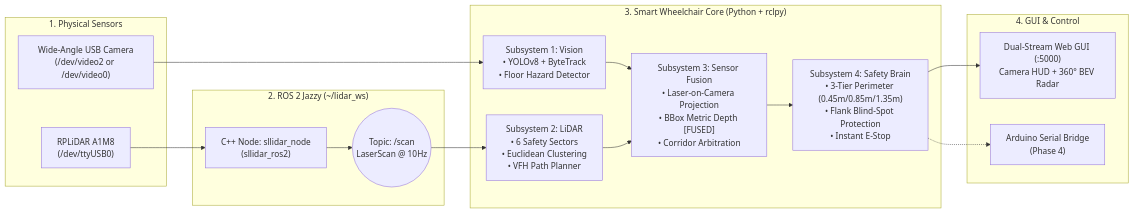
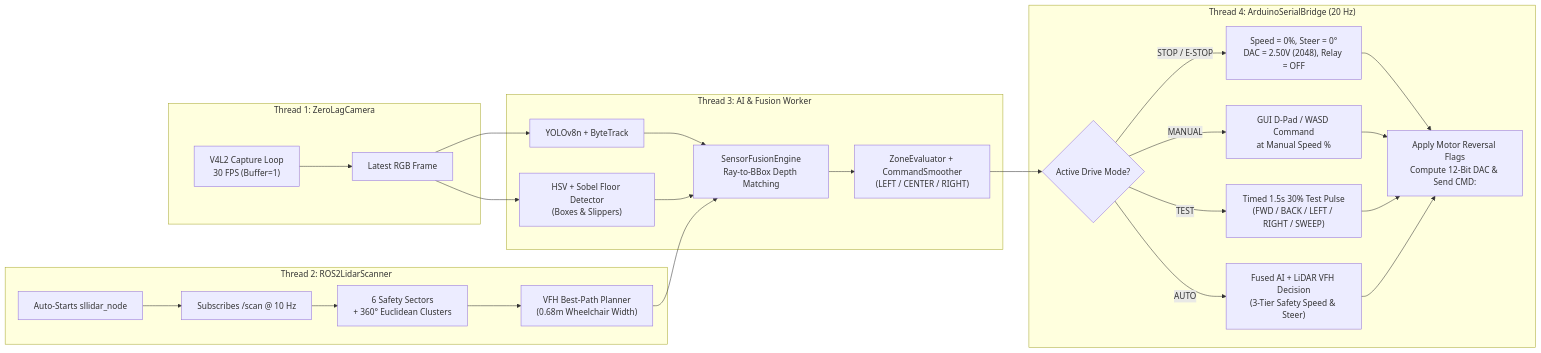
The second of 4 diagrams in README.md (khairycse404/smart-wheelchair), drawn with Mermaid before and after one commit. The commit also changed other lines of this file and 14 other files, not shown here.

Commit message:
Add Phase 4 modular Arduino DAC/GPS firmware, Python serial bridge, and final web control console

````diff
--- a/README.md
+++ b/README.md
@@ -33,32 +84,31 @@
 ```mermaid
 flowchart LR
-    subgraph Sensors ["1. Physical Sensors"]
-        CAM["Wide-Angle USB Camera\n(/dev/video2 or /dev/video0)"]
-        LIDAR["RPLiDAR A1M8\n(/dev/ttyUSB0)"]
+    subgraph T1 ["Thread 1: ZeroLagCamera"]
+        C1["V4L2 Capture Loop\n30 FPS (Buffer=1)"] --> C2["Latest RGB Frame"]
     end
 
-    subgraph ROS2 ["2. ROS 2 Jazzy (~/lidar_ws)"]
-        SLNODE["C++ Node: sllidar_node\n(sllidar_ros2)"]
-        SCAN(("Topic: /scan\nLaserScan @ 10Hz"))
+    subgraph T2 ["Thread 2: ROS2LidarScanner"]
+        L1["Auto-Starts sllidar_node"] --> L2["Subscribes /scan @ 10 Hz"]
+        L2 --> L3["6 Safety Sectors\n+ 360° Euclidean Clusters"]
+        L3 --> L4["VFH Best-Path Planner\n(0.68m Wheelchair Width)"]
     end
 
-    subgraph Core ["3. Smart Wheelchair Core (Python + rclpy)"]
-        VIS["Subsystem 1: Vision\n• YOLOv8 + ByteTrack\n• Floor Hazard Detector"]
-        LID["Subsystem 2: LiDAR\n• 6 Safety Sectors\n• Euclidean Clustering\n• VFH Path Planner"]
-        FUS["Subsystem 3: Sensor Fusion\n• Laser-on-Camera Projection\n• BBox Metric Depth [FUSED]\n• Corridor Arbitration"]
-        SAFE["Subsystem 4: Safety Brain\n• 3-Tier Perimeter (0.45m/0.85m/1.35m)\n• Flank Blind-Spot Protection\n• Instant E-Stop"]
+    subgraph T3 ["Thread 3: AI & Fusion Worker"]
+        A1["YOLOv8n + ByteTrack"] --> A3["SensorFusionEngine\nRay-to-BBox Depth Matching"]
+        A2["HSV + Sobel Floor Detector\n(Boxes & Slippers)"] --> A3
+        A3 --> A4["ZoneEvaluator + CommandSmoother\n(LEFT / CENTER / RIGHT)"]
     end
 
-    subgraph Output ["4. GUI & Control"]
-        WEB["Dual-Stream Web GUI (:5000)\nCamera HUD + 360° BEV Radar"]
-        ARD["Arduino Serial Bridge\n(Phase 4)"]
+    subgraph T4 ["Thread 4: ArduinoSerialBridge (20 Hz)"]
+        B1{"Active Drive Mode?"}
+        B1 -->|"STOP / E-STOP"| B_STOP["Speed = 0%, Steer = 0°\nDAC = 2.50V (2048), Relay = OFF"]
+        B1 -->|"MANUAL"| B_MAN["GUI D-Pad / WASD Command\nat Manual Speed %"]
+        B1 -->|"TEST"| B_TST["Timed 1.5s 30% Test Pulse\n(FWD / BACK / LEFT / RIGHT / SWEEP)"]
+        B1 -->|"AUTO"| B_AUT["Fused AI + LiDAR VFH Decision\n(3-Tier Safety Speed & Steer)"]
+        B_STOP & B_MAN & B_TST & B_AUT --> B_TX["Apply Motor Reversal Flags\nCompute 12-Bit DAC & Send CMD:"]
     end
 
-    CAM --> VIS
-    LIDAR --> SLNODE --> SCAN --> LID
-    VIS --> FUS
-    LID --> FUS
-    FUS --> SAFE
-    SAFE --> WEB
-    SAFE -.-> ARD
+    C2 --> A1 & A2
+    L4 --> A3
+    A4 --> B1
 ```
````
